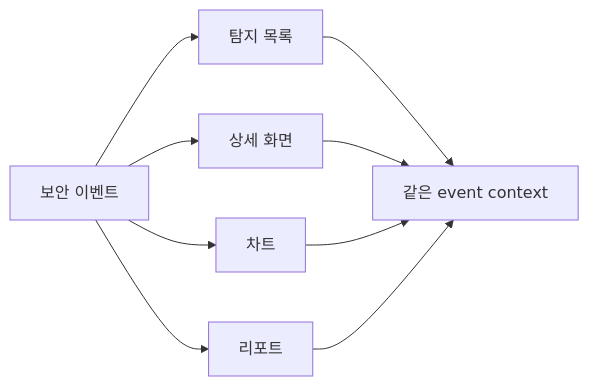
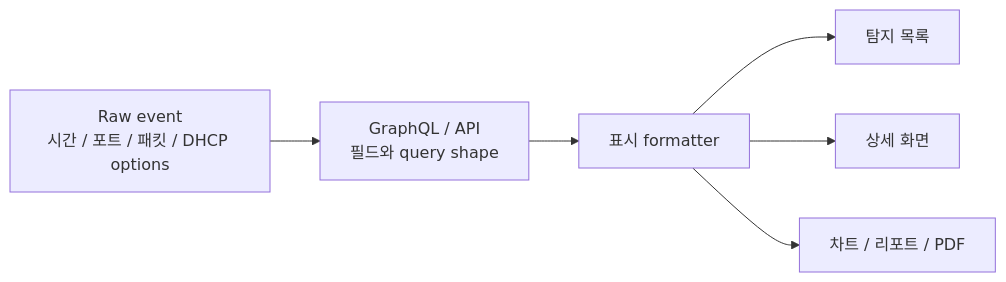
One commit to zmrdltl/portfolio changed the third of 4 diagrams in docs/experience/cluml.md. Above: the diagram before and after it, drawn with Mermaid. The commit also changed other lines of this file and 11 other files, not shown here.

````diff
--- a/docs/experience/cluml.md
+++ b/docs/experience/cluml.md
@@ -76,18 +74,15 @@
 ```mermaid
 flowchart LR
-  event["보안 이벤트"]
+  raw["Raw event\n시간 / 포트 / 패킷 / DHCP options"]
+  api["GraphQL / API\n필드와 query shape"]
+  formatter["표시 formatter"]
   list["탐지 목록"]
   detail["상세 화면"]
-  chart["차트"]
-  report["리포트"]
-  context["같은 event context"]
+  report["차트 / 리포트 / PDF"]
 
-  event --> list
-  event --> detail
-  event --> chart
-  event --> report
-  list --> context
-  detail --> context
-  chart --> context
-  report --> context
+  raw --> api
+  api --> formatter
+  formatter --> list
+  formatter --> detail
+  formatter --> report
 ```
````
